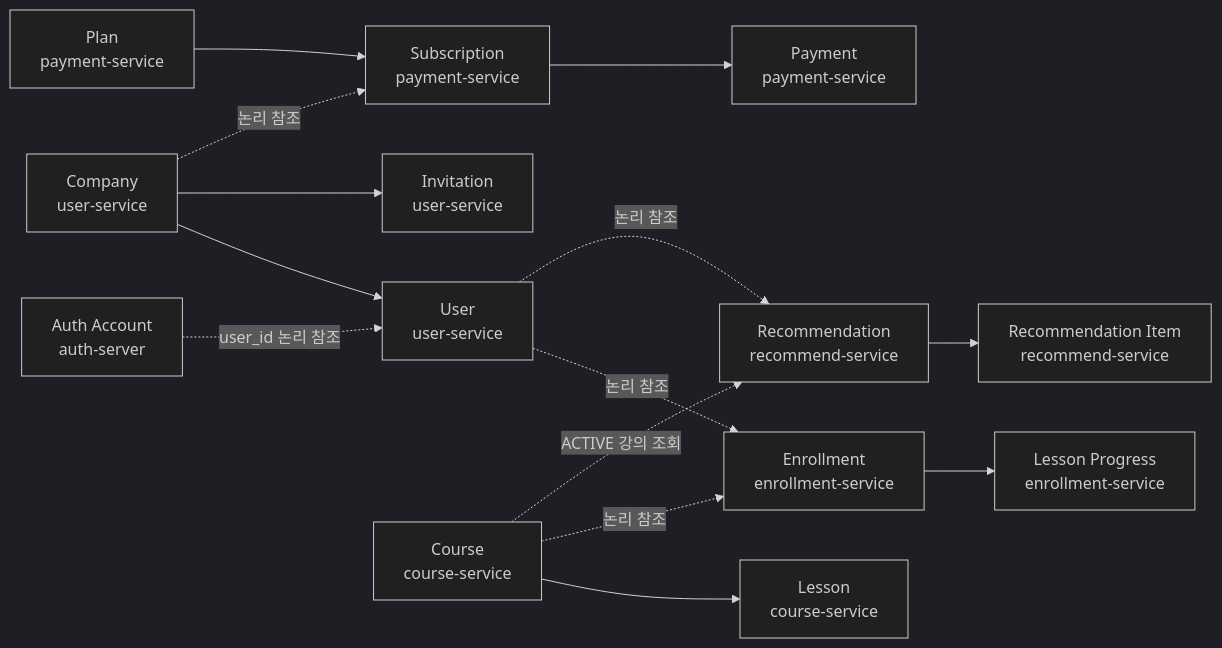
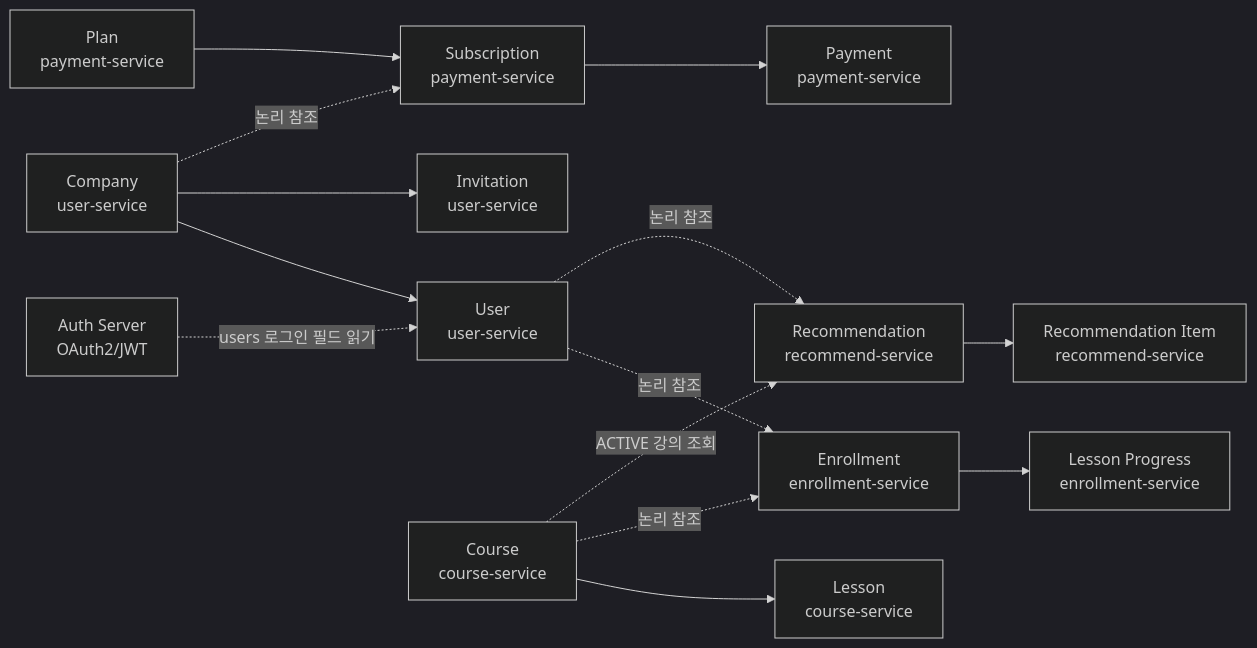
The first of 6 diagrams in docs/erd.md (skala-msa-team/linguaroute-msa), drawn with Mermaid (dark theme) before and after one commit. The commit also changed other lines of this file and 4 other files, not shown here.

````diff
--- a/docs/erd.md
+++ b/docs/erd.md
@@ -18,16 +19,16 @@
 ```mermaid
 flowchart LR
-    AUTH_ACCOUNT["Auth Account<br/>auth-server"] -. "user_id 논리 참조" .-> USER
+    AUTH_SERVER["Auth Server<br/>OAuth2/JWT"] -. "users 로그인 필드 읽기" .-> USER
     COMPANY["Company<br/>user-service"] --> USER["User<br/>user-service"]
     COMPANY --> INVITATION["Invitation<br/>user-service"]
     COMPANY -. "논리 참조" .-> SUBSCRIPTION["Subscription<br/>payment-service"]
     PLAN["Plan<br/>payment-service"] --> SUBSCRIPTION
     SUBSCRIPTION --> PAYMENT["Payment<br/>payment-service"]
     USER -. "논리 참조" .-> ENROLLMENT["Enrollment<br/>enrollment-service"]
     COURSE["Course<br/>course-service"] --> LESSON["Lesson<br/>course-service"]
     COURSE -. "논리 참조" .-> ENROLLMENT
     ENROLLMENT --> PROGRESS["Lesson Progress<br/>enrollment-service"]
     USER -. "논리 참조" .-> RECOMMENDATION["Recommendation<br/>recommend-service"]
     COURSE -. "ACTIVE 강의 조회" .-> RECOMMENDATION
     RECOMMENDATION --> RECOMMENDATION_ITEM["Recommendation Item<br/>recommend-service"]
 ```
````
